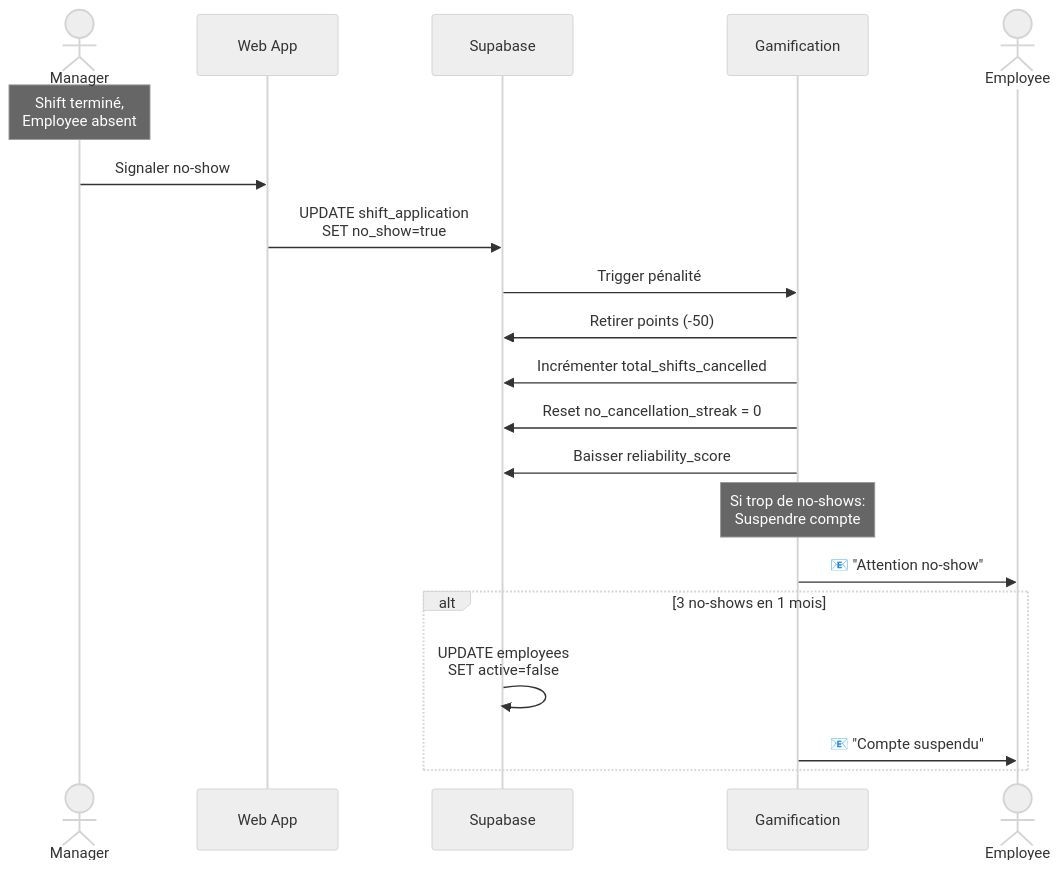
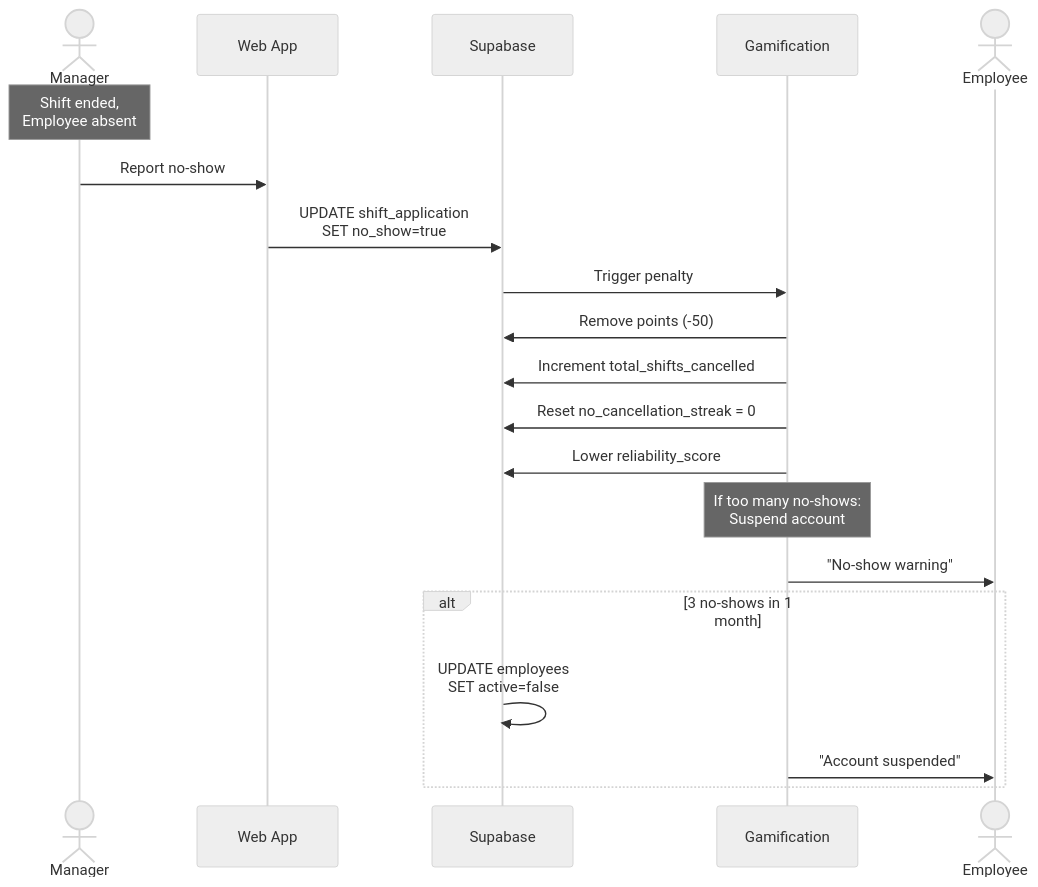
One commit to shiftexpress01/public changed the eighth of 8 diagrams in USER_FLOWS.md. Above: the diagram before and after it, drawn with Mermaid (neutral theme). The commit also changed other lines of this file, not shown here.

````diff
--- a/USER_FLOWS.md
+++ b/USER_FLOWS.md
@@ -266,29 +266,29 @@
 ```mermaid
 sequenceDiagram
     actor M as Manager
     participant W as Web App
     participant S as Supabase
     participant G as Gamification
     actor E as Employee
 
-    Note over M: Shift terminé,<br/>Employee absent
+    Note over M: Shift ended,<br/>Employee absent
 
-    M->>W: Signaler no-show
+    M->>W: Report no-show
     W->>S: UPDATE shift_application<br/>SET no_show=true
 
-    S->>G: Trigger pénalité
+    S->>G: Trigger penalty
 
-    G->>S: Retirer points (-50)
-    G->>S: Incrémenter total_shifts_cancelled
+    G->>S: Remove points (-50)
+    G->>S: Increment total_shifts_cancelled
     G->>S: Reset no_cancellation_streak = 0
-    G->>S: Baisser reliability_score
+    G->>S: Lower reliability_score
 
-    Note over G: Si trop de no-shows:<br/>Suspendre compte
+    Note over G: If too many no-shows:<br/>Suspend account
 
-    G->>E: 📧 "Attention no-show"
+    G->>E: "No-show warning"
 
-    alt 3 no-shows en 1 mois
+    alt 3 no-shows in 1 month
         S->>S: UPDATE employees<br/>SET active=false
-        G->>E: 📧 "Compte suspendu"
+        G->>E: "Account suspended"
     end
 ```
````
